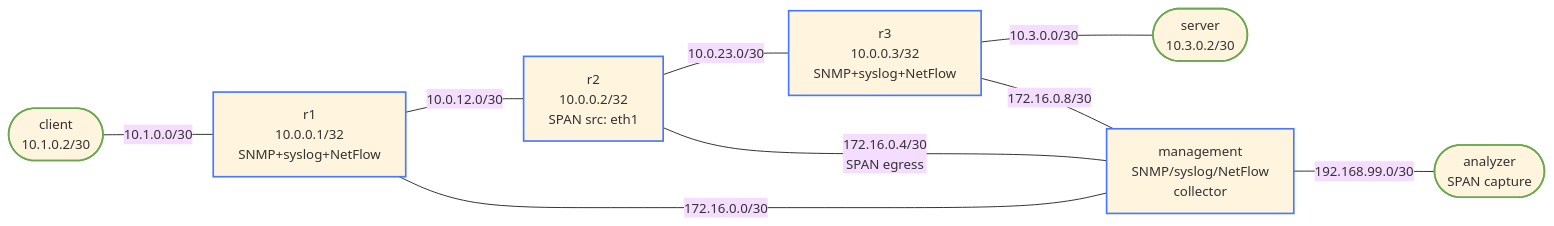
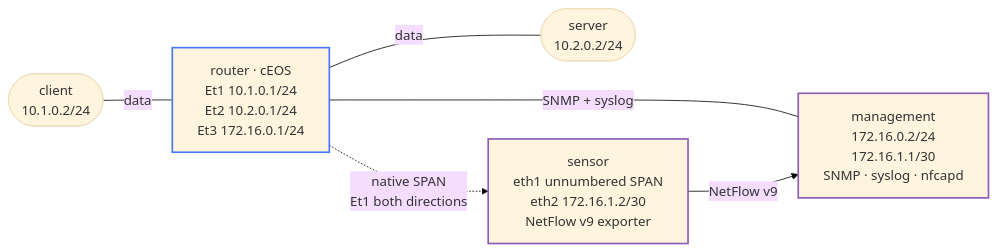
Before and after one commit to jschless/networkingLabs: the diagram in labs/network-assurance/README.md, drawn with Mermaid (base theme). The commit also changed other lines of this file and 198 other files, not shown here.

````diff
--- a/labs/network-assurance/README.md
+++ b/labs/network-assurance/README.md
@@ -14,25 +13,19 @@
 ```mermaid
 flowchart LR
-    client(["client<br/>10.1.0.2/30"])
-    r1["r1<br/>10.0.0.1/32<br/>SNMP+syslog+NetFlow"]
-    r2["r2<br/>10.0.0.2/32<br/>SPAN src: eth1"]
-    r3["r3<br/>10.0.0.3/32<br/>SNMP+syslog+NetFlow"]
-    server(["server<br/>10.3.0.2/30"])
-    mgmt["management<br/>SNMP/syslog/NetFlow<br/>collector"]
-    analyzer(["analyzer<br/>SPAN capture"])
+    client(["client<br/>10.1.0.2/24"])
+    router["router · cEOS<br/>Et1 10.1.0.1/24<br/>Et2 10.2.0.1/24<br/>Et3 172.16.0.1/24"]
+    server(["server<br/>10.2.0.2/24"])
+    sensor["sensor<br/>eth1 unnumbered SPAN<br/>eth2 172.16.1.2/30<br/>NetFlow v9 exporter"]
+    management["management<br/>172.16.0.2/24<br/>172.16.1.1/30<br/>SNMP · syslog · nfcapd"]
 
-    client -- "10.1.0.0/30" --- r1
-    r1 -- "10.0.12.0/30" --- r2
-    r2 -- "10.0.23.0/30" --- r3
-    r3 -- "10.3.0.0/30" --- server
-    r1 -- "172.16.0.0/30" --- mgmt
-    r2 -- "172.16.0.4/30<br/>SPAN egress" --- mgmt
-    r3 -- "172.16.0.8/30" --- mgmt
-    mgmt -- "192.168.99.0/30" --- analyzer
+    client -- "data" --- router
+    router -- "data" --- server
+    router -- "SNMP + syslog" --- management
+    router -. "native SPAN<br/>Et1 both directions" .-> sensor
+    sensor -- "NetFlow v9" --> management
 
-    classDef router stroke:#4778ff,stroke-width:2px
-    classDef host stroke:#6aa84f,stroke-width:2px
-
-    class r1,r2,r3,mgmt router
-    class client,server,analyzer host
+    classDef network stroke:#4778ff,stroke-width:2px
+    classDef tool stroke:#8e5bb7,stroke-width:2px
+    class router network
+    class sensor,management tool
 ```
````
